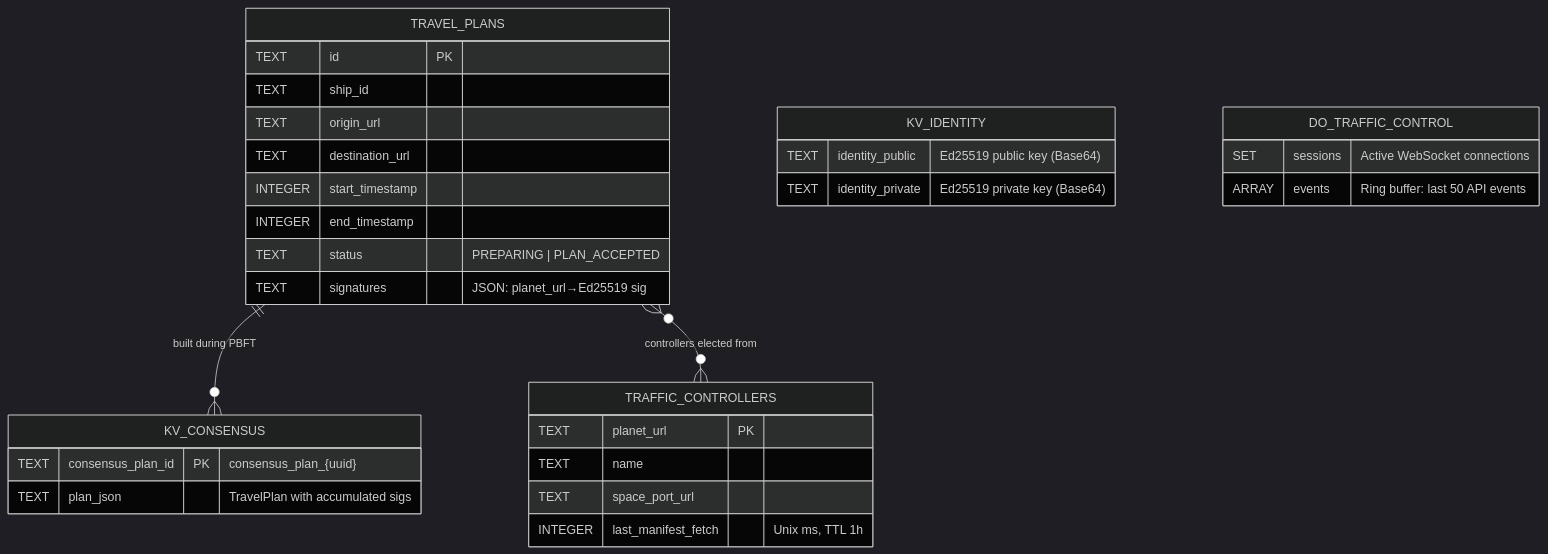
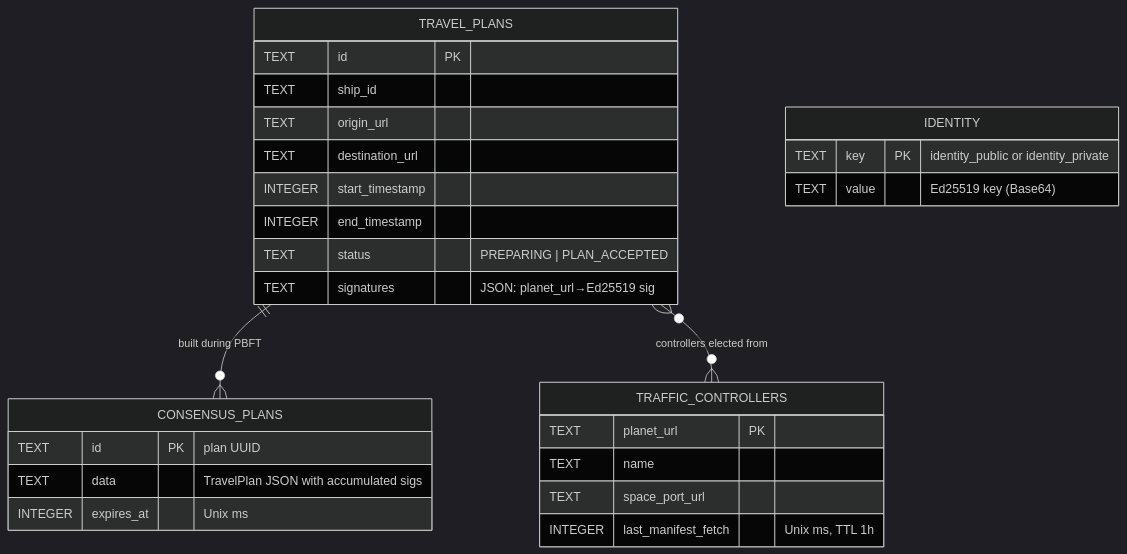
One commit to Federated-Planets/planet changed the fourth of 4 diagrams in PROTOCOL_DIAGRAMS.md. Above: the diagram before and after it, drawn with Mermaid (dark theme). The commit also changed other lines of this file and 3 other files, not shown here.

````diff
--- a/PROTOCOL_DIAGRAMS.md
+++ b/PROTOCOL_DIAGRAMS.md
@@ -158,38 +161,34 @@
 ```mermaid
 erDiagram
     TRAVEL_PLANS {
         TEXT id PK
         TEXT ship_id
         TEXT origin_url
         TEXT destination_url
         INTEGER start_timestamp
         INTEGER end_timestamp
         TEXT status "PREPARING | PLAN_ACCEPTED"
         TEXT signatures "JSON: planet_url→Ed25519 sig"
     }
 
     TRAFFIC_CONTROLLERS {
         TEXT planet_url PK
         TEXT name
         TEXT space_port_url
         INTEGER last_manifest_fetch "Unix ms, TTL 1h"
     }
 
-    KV_IDENTITY {
-        TEXT identity_public "Ed25519 public key (Base64)"
-        TEXT identity_private "Ed25519 private key (Base64)"
+    IDENTITY {
+        TEXT key PK "identity_public or identity_private"
+        TEXT value "Ed25519 key (Base64)"
     }
 
-    KV_CONSENSUS {
-        TEXT consensus_plan_id PK "consensus_plan_{uuid}"
-        TEXT plan_json "TravelPlan with accumulated sigs"
+    CONSENSUS_PLANS {
+        TEXT id PK "plan UUID"
+        TEXT data "TravelPlan JSON with accumulated sigs"
+        INTEGER expires_at "Unix ms"
     }
 
-    DO_TRAFFIC_CONTROL {
-        SET sessions "Active WebSocket connections"
-        ARRAY events "Ring buffer: last 50 API events"
-    }
-
-    TRAVEL_PLANS ||--o{ KV_CONSENSUS : "built during PBFT"
+    TRAVEL_PLANS ||--o{ CONSENSUS_PLANS : "built during PBFT"
     TRAVEL_PLANS }o--o{ TRAFFIC_CONTROLLERS : "controllers elected from"
 ```
````
